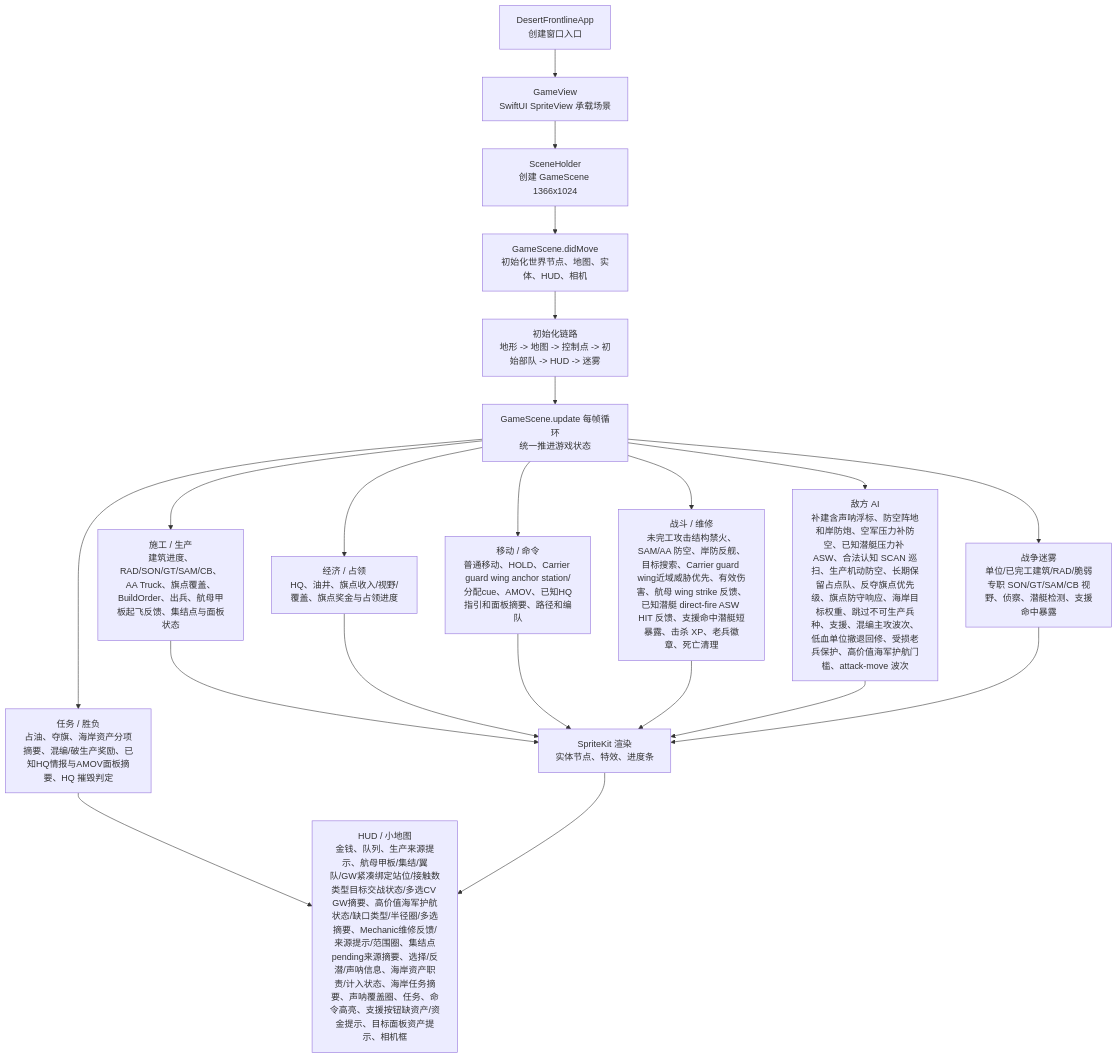
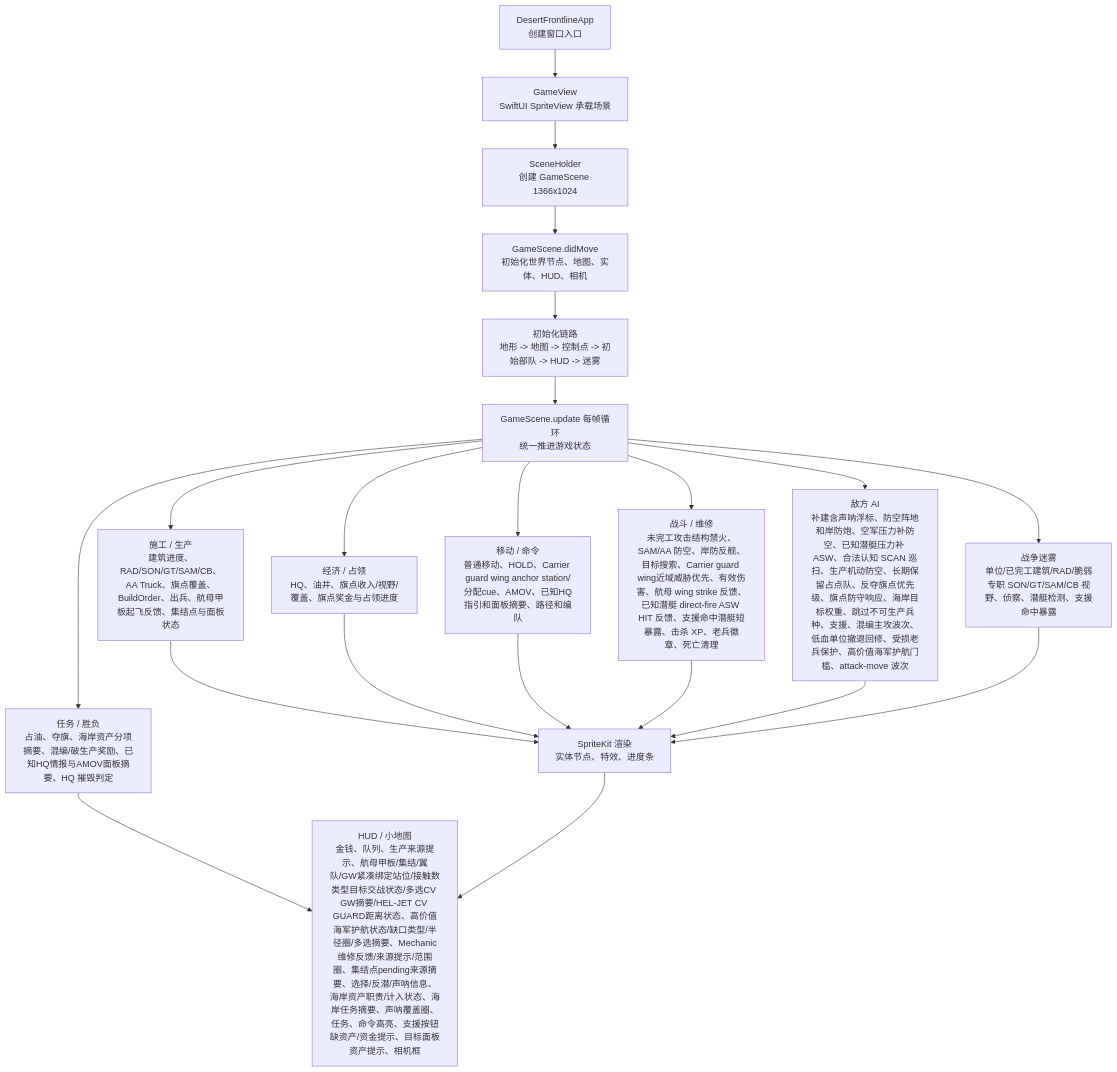
One commit to Altman-sam114/1145 changed the first of 3 diagrams in md/flow/flowchart.md. Above: the diagram before and after it, drawn with Mermaid. The commit also changed 4 other files, not shown here.

````diff
--- a/md/flow/flowchart.md
+++ b/md/flow/flowchart.md
@@ -9,23 +9,23 @@
 ```mermaid
 flowchart TD
   App["DesertFrontlineApp\n创建窗口入口"] --> View["GameView\nSwiftUI SpriteView 承载场景"]
   View --> Holder["SceneHolder\n创建 GameScene 1366x1024"]
   Holder --> Scene["GameScene.didMove\n初始化世界节点、地图、实体、HUD、相机"]
   Scene --> Init["初始化链路\n地形 -> 地图 -> 控制点 -> 初始部队 -> HUD -> 迷雾"]
   Init --> Loop["GameScene.update 每帧循环\n统一推进游戏状态"]
   Loop --> Build["施工 / 生产\n建筑进度、RAD/SON/GT/SAM/CB、AA Truck、旗点覆盖、BuildOrder、出兵、航母甲板起飞反馈、集结点与面板状态"]
   Loop --> Economy["经济 / 占领\nHQ、油井、旗点收入/视野/覆盖、旗点奖金与占领进度"]
   Loop --> Commands["移动 / 命令\n普通移动、HOLD、Carrier guard wing anchor station/分配cue、AMOV、已知HQ指引和面板摘要、路径和编队"]
   Loop --> Combat["战斗 / 维修\n未完工攻击结构禁火、SAM/AA 防空、岸防反舰、目标搜索、Carrier guard wing近域威胁优先、有效伤害、航母 wing strike 反馈、已知潜艇 direct-fire ASW HIT 反馈、支援命中潜艇短暴露、击杀 XP、老兵徽章、死亡清理"]
   Loop --> AI["敌方 AI\n补建含声呐浮标、防空阵地和岸防炮、空军压力补防空、已知潜艇压力补 ASW、合法认知 SCAN 巡扫、生产机动防空、长期保留占点队、反夺旗点优先级、旗点防守响应、海岸目标权重、跳过不可生产兵种、支援、混编主攻波次、低血单位撤退回修、受损老兵保护、高价值海军护航门槛、attack-move 波次"]
   Loop --> Fog["战争迷雾\n单位/已完工建筑/RAD/脆弱专职 SON/GT/SAM/CB 视野、侦察、潜艇检测、支援命中暴露"]
   Loop --> Mission["任务 / 胜负\n占油、夺旗、海岸资产分项摘要、混编/破生产奖励、已知HQ情报与AMOV面板摘要、HQ 摧毁判定"]
   Build --> Render["SpriteKit 渲染\n实体节点、特效、进度条"]
   Economy --> Render
   Commands --> Render
   Combat --> Render
   AI --> Render
   Fog --> Render
-  Mission --> HUD["HUD / 小地图\n金钱、队列、生产来源提示、航母甲板/集结/翼队/GW紧凑绑定站位/接触数类型目标交战状态/多选CV GW摘要、高价值海军护航状态/缺口类型/半径圈/多选摘要、Mechanic维修反馈/来源提示/范围圈、集结点pending来源摘要、选择/反潜/声呐信息、海岸资产职责/计入状态、海岸任务摘要、声呐覆盖圈、任务、命令高亮、支援按钮缺资产/资金提示、目标面板资产提示、相机框"]
+  Mission --> HUD["HUD / 小地图\n金钱、队列、生产来源提示、航母甲板/集结/翼队/GW紧凑绑定站位/接触数类型目标交战状态/多选CV GW摘要/HEL-JET CV GUARD距离状态、高价值海军护航状态/缺口类型/半径圈/多选摘要、Mechanic维修反馈/来源提示/范围圈、集结点pending来源摘要、选择/反潜/声呐信息、海岸资产职责/计入状态、海岸任务摘要、声呐覆盖圈、任务、命令高亮、支援按钮缺资产/资金提示、目标面板资产提示、相机框"]
   Render --> HUD
 ```
````
